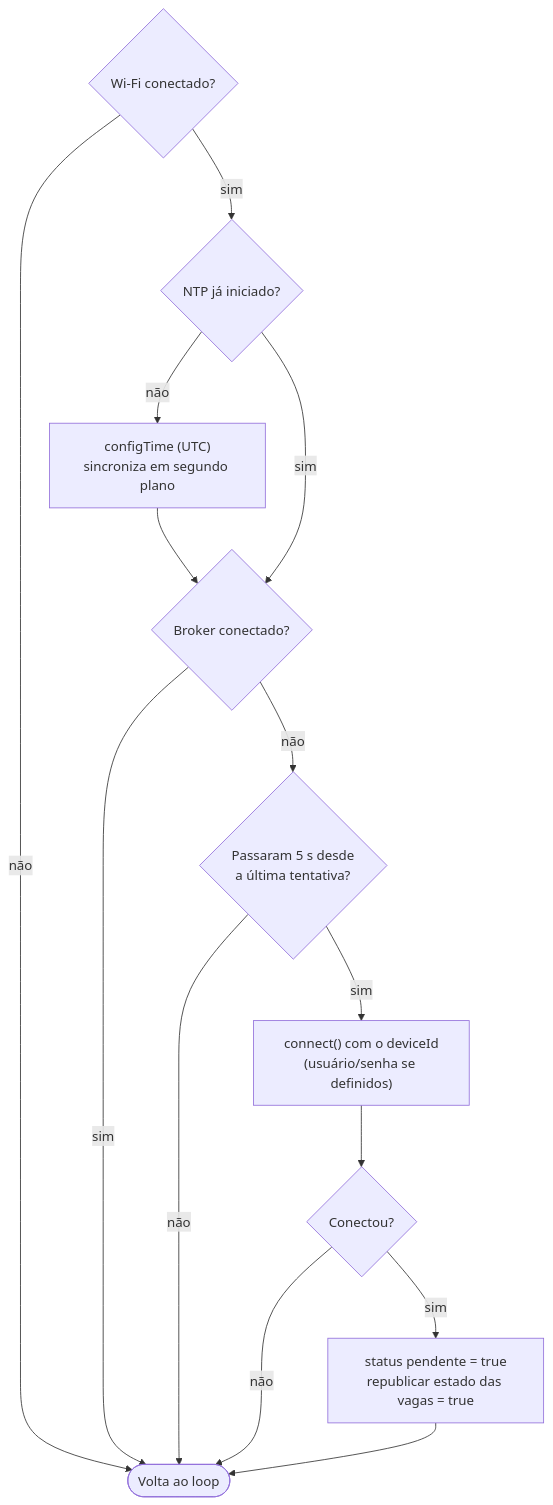
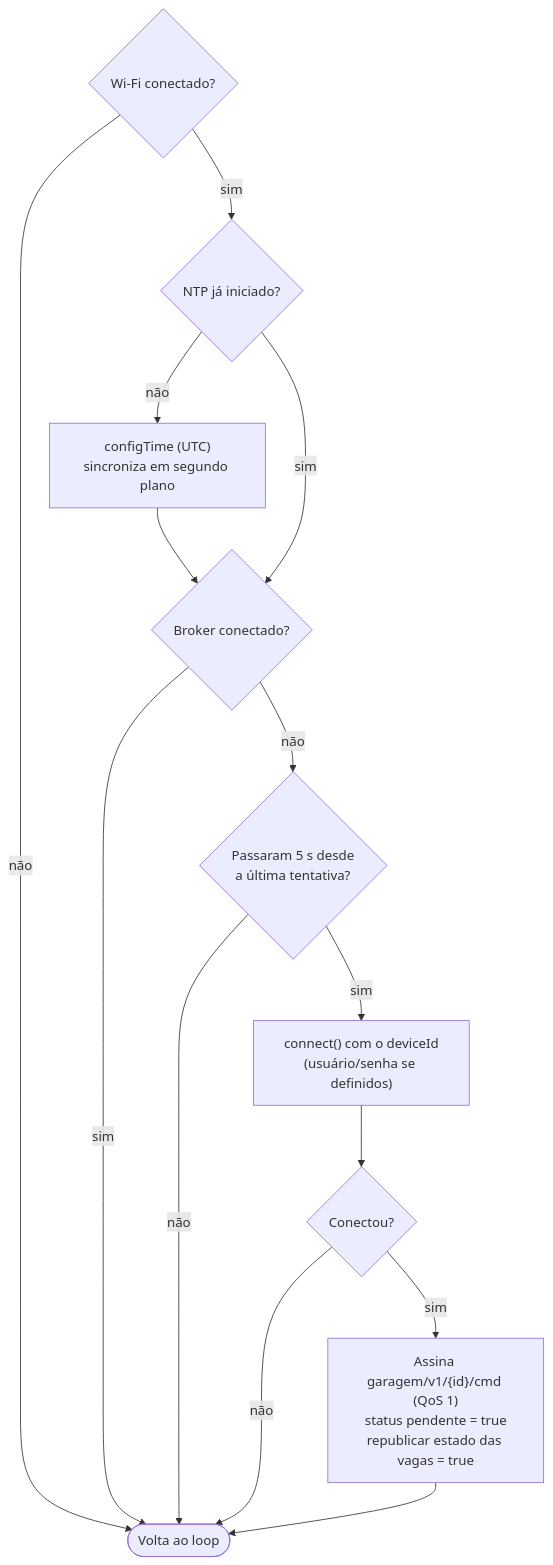
The third of 9 diagrams in docs/fluxograma-firmware.md (VynicyusCandido/iotHorangoTango), drawn with Mermaid before and after one commit. The commit also changed other lines of this file and 6 other files, not shown here.

````diff
--- a/docs/fluxograma-firmware.md
+++ b/docs/fluxograma-firmware.md
@@ -83,14 +95,14 @@
 ```mermaid
 flowchart TD
     A{Wi-Fi conectado?} -- não --> Z([Volta ao loop])
     A -- sim --> N{"NTP já iniciado?"}
     N -- não --> N1["configTime (UTC)<br/>sincroniza em segundo plano"] --> B
     N -- sim --> B
     B{Broker conectado?} -- sim --> Z
     B -- não --> C{"Passaram 5 s desde<br/>a última tentativa?"}
     C -- não --> Z
     C -- sim --> D["connect() com o deviceId<br/>(usuário/senha se definidos)"]
     D --> E{Conectou?}
     E -- não --> Z
-    E -- sim --> F["status pendente = true<br/>republicar estado das vagas = true"] --> Z
+    E -- sim --> F["Assina garagem/v1/{id}/cmd (QoS 1)<br/>status pendente = true<br/>republicar estado das vagas = true"] --> Z
 ```
````
